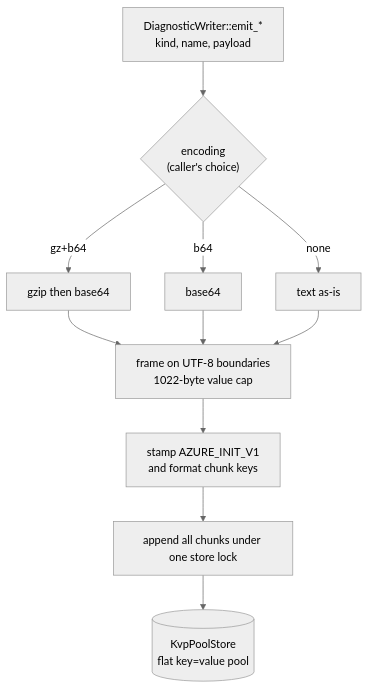
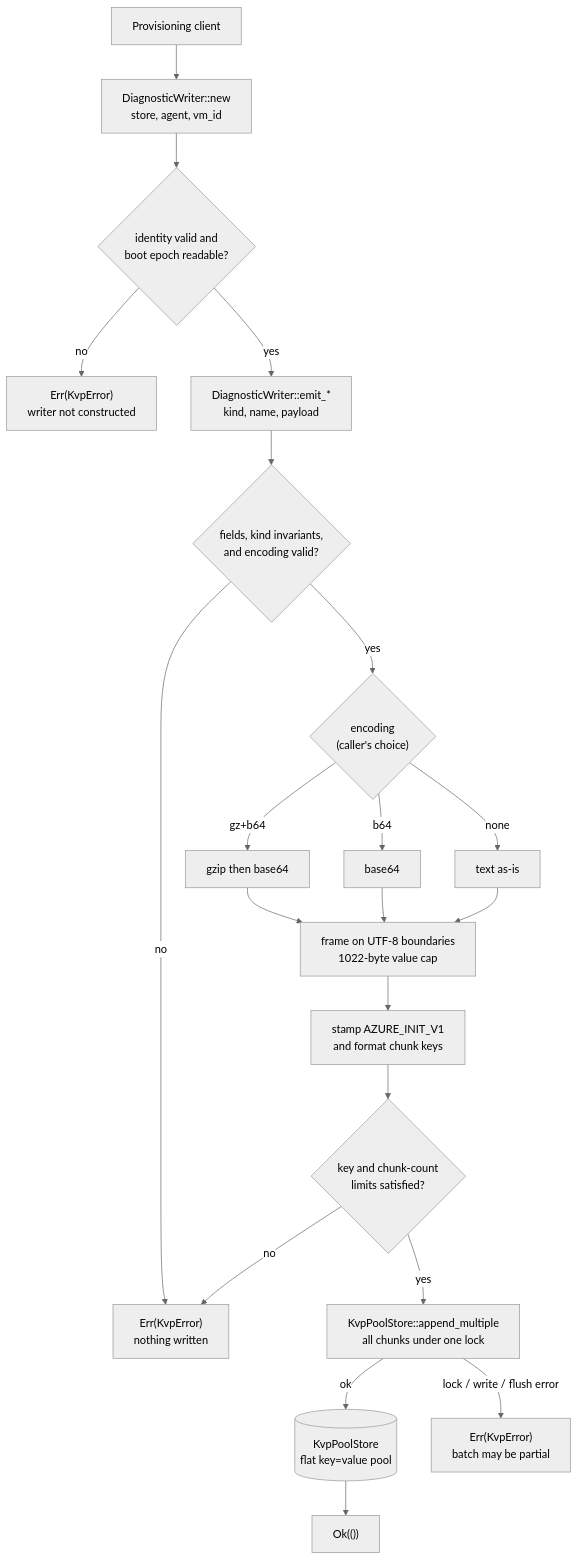
The first of 2 diagrams in libazureinit-kvp/diagnostics-proposal.md (peytonr18/azure-init), drawn with Mermaid (neutral theme) before and after one commit. The commit also changed other lines of this file, not shown here.

Commit message:
docs(kvp): improve error handling paths in diagrams

````diff
--- a/libazureinit-kvp/diagnostics-proposal.md
+++ b/libazureinit-kvp/diagnostics-proposal.md
@@ -245,13 +245,23 @@
 ```mermaid
 flowchart TD
-  emit["DiagnosticWriter::emit_*<br/>kind, name, payload"] --> encsel{"encoding<br/>(caller's choice)"}
+  client["Provisioning client"] --> new["DiagnosticWriter::new<br/>store, agent, vm_id"]
+  new --> init{"identity valid and<br/>boot epoch readable?"}
+  init -->|"no"| initerr["Err(KvpError)<br/>writer not constructed"]
+  init -->|"yes"| emit["DiagnosticWriter::emit_*<br/>kind, name, payload"]
+  emit --> valid{"fields, kind invariants,<br/>and encoding valid?"}
+  valid -->|"no"| inputerr["Err(KvpError)<br/>nothing written"]
+  valid -->|"yes"| encsel{"encoding<br/>(caller's choice)"}
   encsel -->|"gz+b64"| gz["gzip then base64"]
   encsel -->|"b64"| b64["base64"]
   encsel -->|"none"| plain["text as-is"]
   gz --> frame["frame on UTF-8 boundaries<br/>1022-byte value cap"]
   b64 --> frame
   plain --> frame
   frame --> keys["stamp AZURE_INIT_V1<br/>and format chunk keys"]
-  keys --> append["append all chunks under one store lock"]
-  append --> store[("KvpPoolStore<br/>flat key=value pool")]
+  keys --> limits{"key and chunk-count<br/>limits satisfied?"}
+  limits -->|"no"| inputerr
+  limits -->|"yes"| append["KvpPoolStore::append_multiple<br/>all chunks under one lock"]
+  append -->|"ok"| store[("KvpPoolStore<br/>flat key=value pool")]
+  store --> ok["Ok(())"]
+  append -->|"lock / write / flush error"| writeerr["Err(KvpError)<br/>batch may be partial"]
 ```
````
